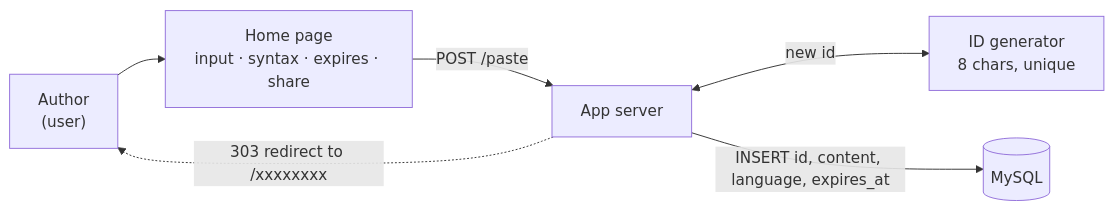
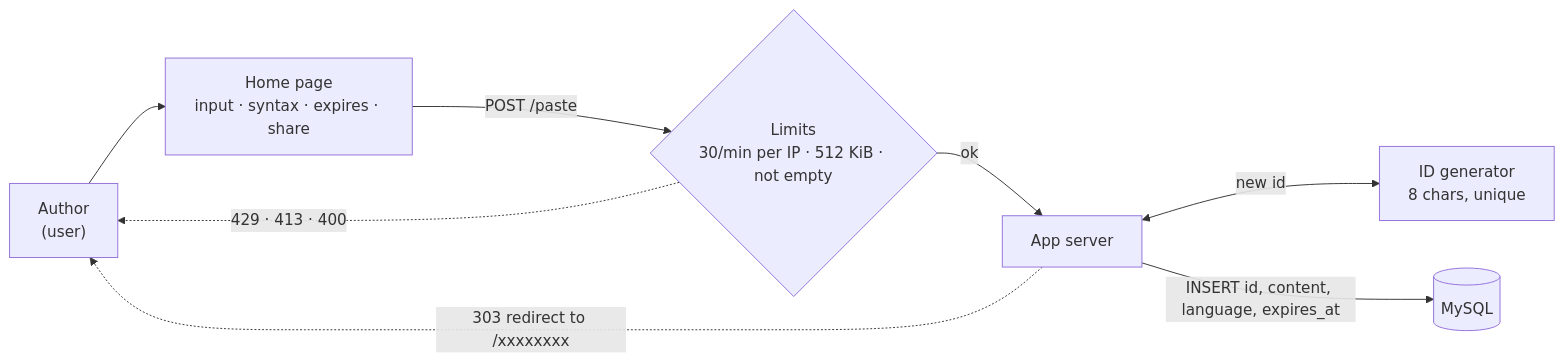
One commit to bulutaysarac/pastebin changed the first of 2 diagrams in README.md. Above: the diagram before and after it, drawn with Mermaid. The commit also changed other lines of this file, not shown here.

First line of the commit message:
docs: describe the input limits in the README (#3)

````diff
--- a/README.md
+++ b/README.md
@@ -10,8 +10,10 @@
 ```mermaid
 flowchart LR
     Author["Author<br/>(user)"] --> Home["Home page<br/>input · syntax · expires · share"]
-    Home -->|"POST /paste"| App["App server"]
+    Home -->|"POST /paste"| Limits{"Limits<br/>30/min per IP · 512 KiB · not empty"}
+    Limits -.->|"429 · 413 · 400"| Author
+    Limits -->|ok| App["App server"]
     App <-->|"new id"| IDGen["ID generator<br/>8 chars, unique"]
     App -->|"INSERT id, content, language, expires_at"| DB[("MySQL")]
     App -.->|"303 redirect to /xxxxxxxx"| Author
 ```
````
